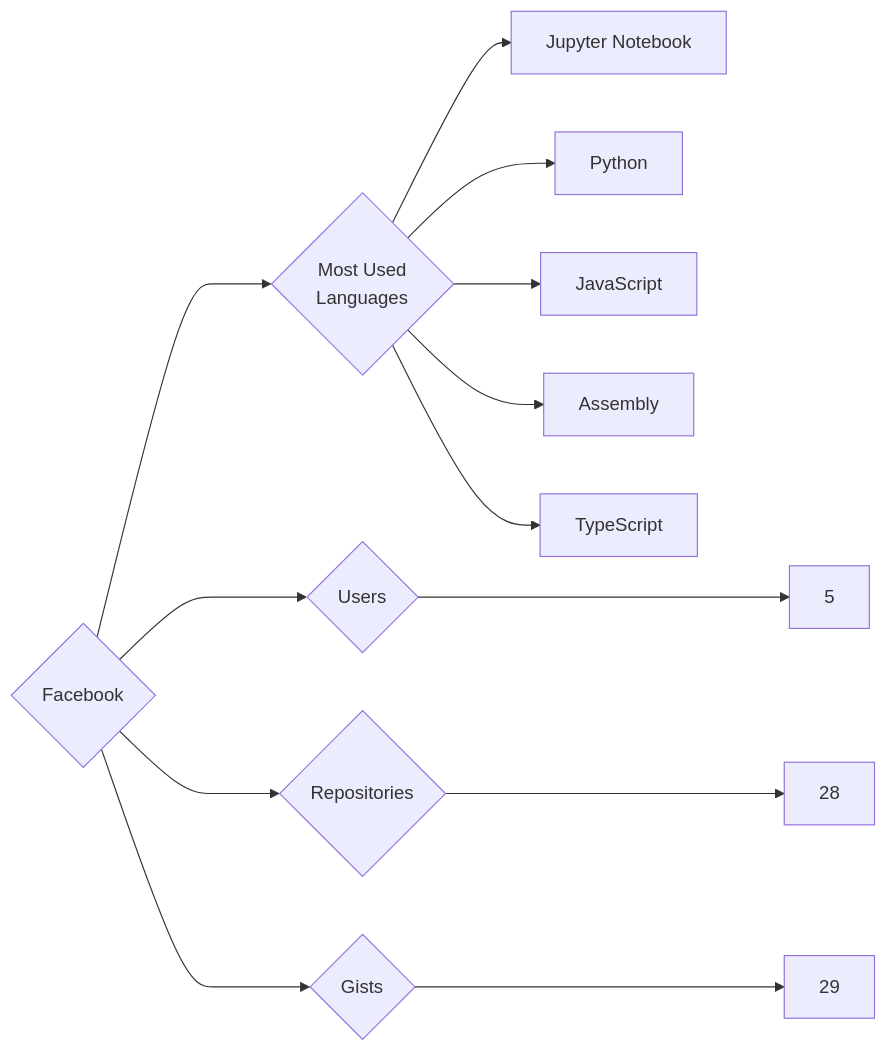
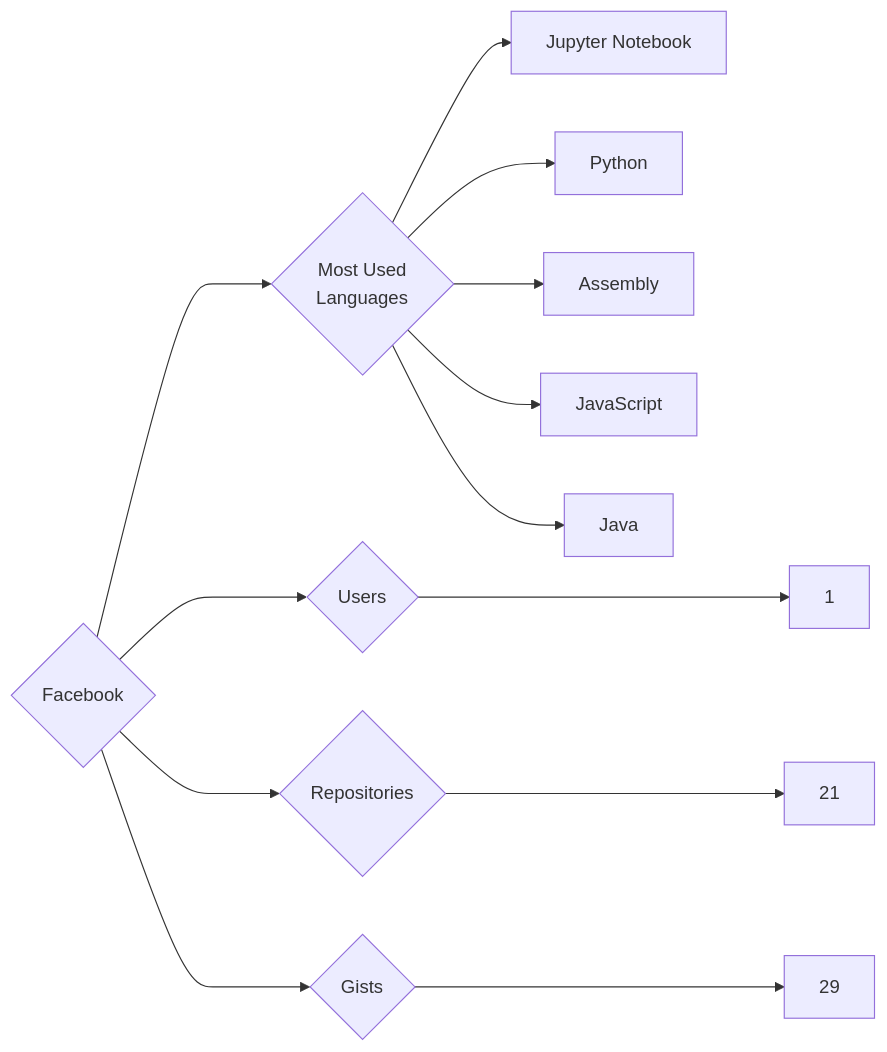
The diagram in targets/Facebook/README.md (trickest/insiders), drawn with Mermaid before and after one commit. The commit also changed 1036 other files, not shown here.

````diff
--- a/targets/Facebook/README.md
+++ b/targets/Facebook/README.md
@@ -3,13 +3,13 @@
 ```mermaid
 graph LR
 COMPANY_NAME{Facebook}
-COMPANY_NAME ---> U{Users} ---> UN[5]
-COMPANY_NAME ---> R{Repositories} ---> RN[28]
+COMPANY_NAME ---> U{Users} ---> UN[1]
+COMPANY_NAME ---> R{Repositories} ---> RN[21]
 COMPANY_NAME ---> G{Gists} ---> GN[29]
 COMPANY_NAME ---> ML{Most Used<br>Languages}
 ML --> Jupyter_Notebook[Jupyter Notebook]
 ML --> Python[Python]
+ML --> Assembly[Assembly]
 ML --> JavaScript[JavaScript]
-ML --> Assembly[Assembly]
-ML --> TypeScript[TypeScript]
+ML --> Java[Java]
 ```
````
